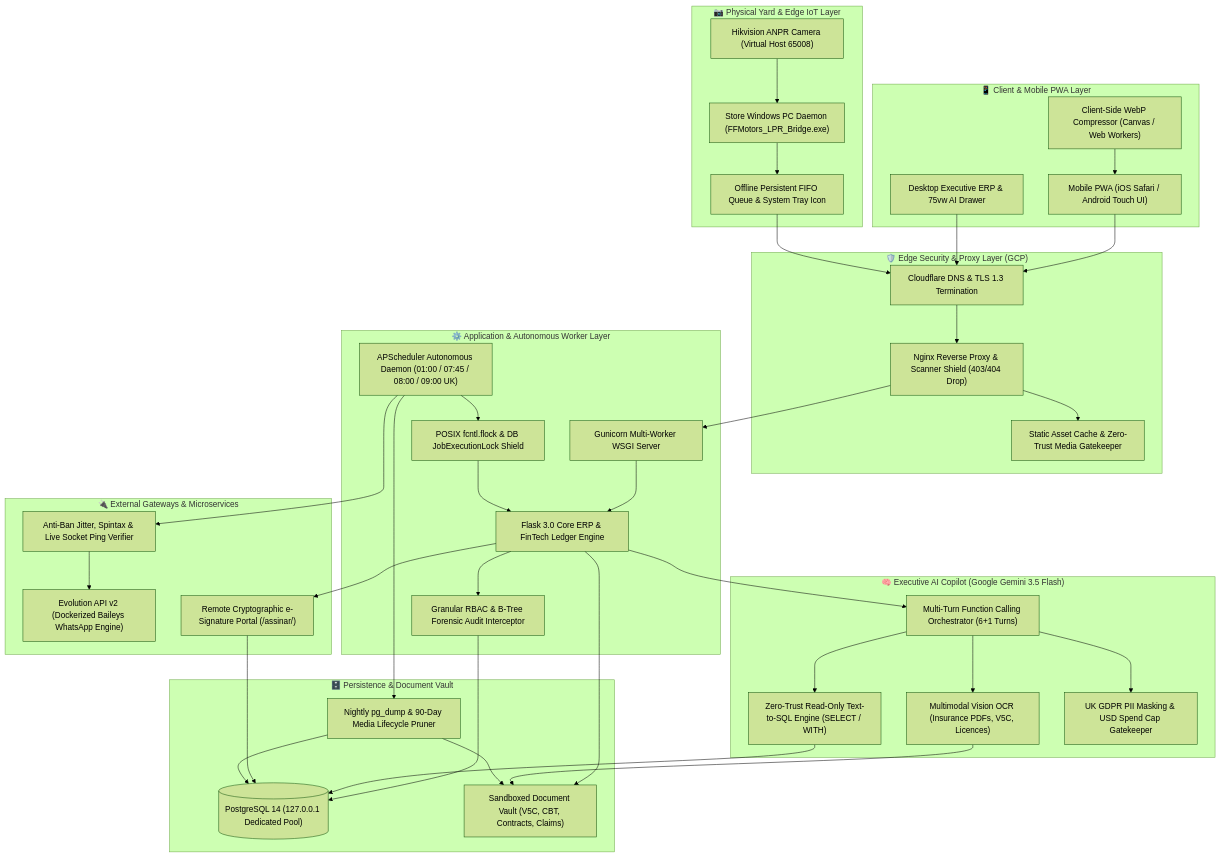
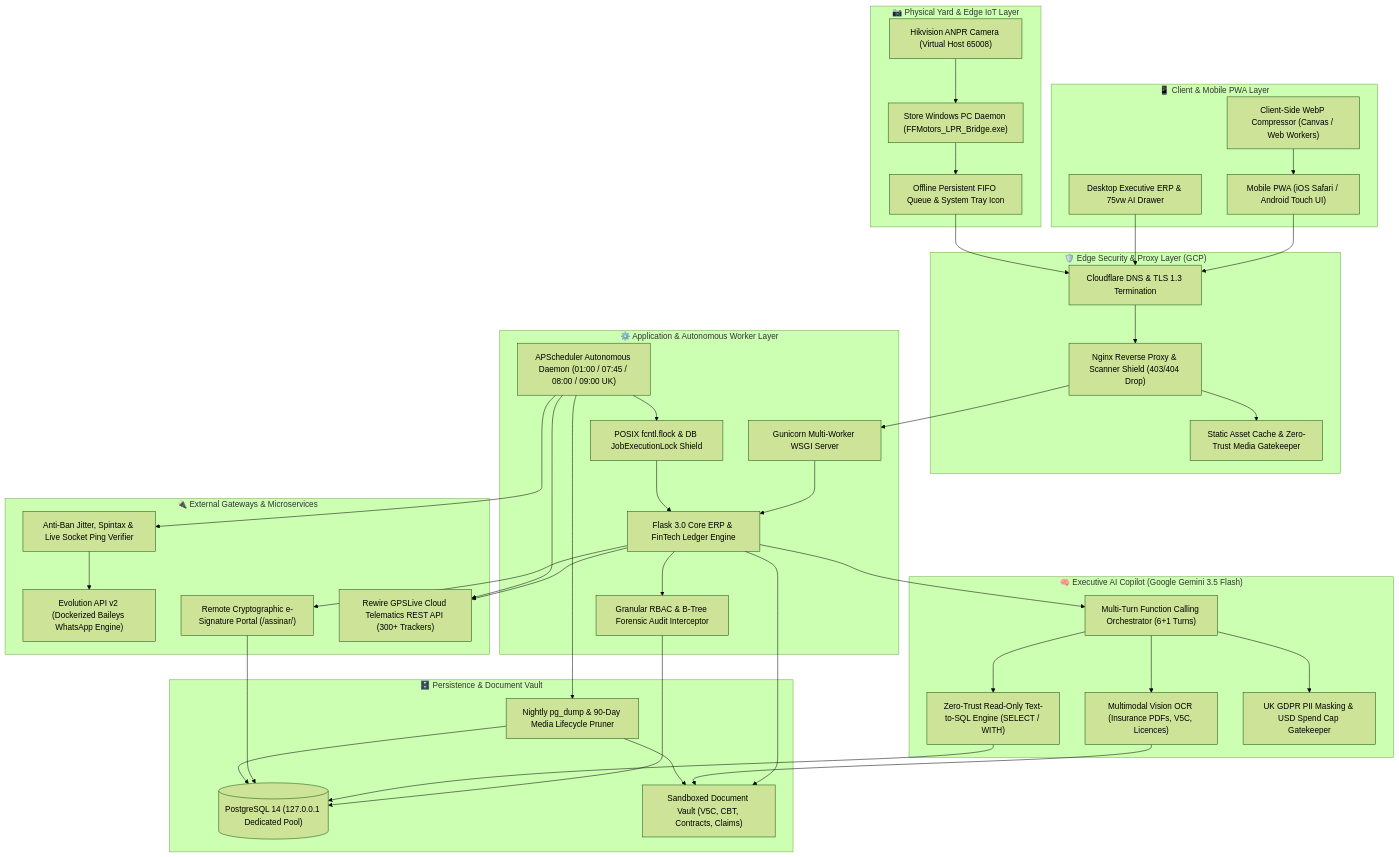
Before and after one commit to tmuniz570/enterprise-fleet-management-showcase: the first of 4 diagrams in README.md, drawn with Mermaid (forest theme). The commit also changed other lines of this file, not shown here.

Commit message:
docs: v1.9.148 - add Rewire GPSLive telematics, fleet subscription audit & test suite benchmarks

````diff
--- a/README.md
+++ b/README.md
@@ -48,62 +49,64 @@
 ```mermaid
 flowchart TD
     subgraph ClientLayer ["📱 Client & Mobile PWA Layer"]
         A1["Mobile PWA (iOS Safari / Android Touch UI)"]
         A2["Desktop Executive ERP & 75vw AI Drawer"]
         A3["Client-Side WebP Compressor (Canvas / Web Workers)"]
     end
 
     subgraph EdgeIoT ["📷 Physical Yard & Edge IoT Layer"]
         F1["Hikvision ANPR Camera (Virtual Host 65008)"]
         F2["Store Windows PC Daemon (FFMotors_LPR_Bridge.exe)"]
         F3["Offline Persistent FIFO Queue & System Tray Icon"]
     end
 
     subgraph EdgeLayer ["🛡️ Edge Security & Proxy Layer (GCP)"]
         B1["Cloudflare DNS & TLS 1.3 Termination"]
         B2["Nginx Reverse Proxy & Scanner Shield (403/404 Drop)"]
         B3["Static Asset Cache & Zero-Trust Media Gatekeeper"]
     end
 
     subgraph AppLayer ["⚙️ Application & Autonomous Worker Layer"]
         C1["Gunicorn Multi-Worker WSGI Server"]
         C2["Flask 3.0 Core ERP & FinTech Ledger Engine"]
         C3["APScheduler Autonomous Daemon (01:00 / 07:45 / 08:00 / 09:00 UK)"]
         C4["POSIX fcntl.flock & DB JobExecutionLock Shield"]
         C5["Granular RBAC & B-Tree Forensic Audit Interceptor"]
     end
 
     subgraph AILayer ["🧠 Executive AI Copilot (Google Gemini 3.5 Flash)"]
         G1["Multi-Turn Function Calling Orchestrator (6+1 Turns)"]
         G2["Zero-Trust Read-Only Text-to-SQL Engine (SELECT / WITH)"]
         G3["Multimodal Vision OCR (Insurance PDFs, V5C, Licences)"]
         G4["UK GDPR PII Masking & USD Spend Cap Gatekeeper"]
     end
 
     subgraph AsyncServices ["🔌 External Gateways & Microservices"]
         D1["Evolution API v2 (Dockerized Baileys WhatsApp Engine)"]
         D2["Anti-Ban Jitter, Spintax & Live Socket Ping Verifier"]
         D3["Remote Cryptographic e-Signature Portal (/assinar/<token>)"]
+        D4["Rewire GPSLive Cloud Telematics REST API (300+ Trackers)"]
     end
 
     subgraph StorageLayer ["🗄️ Persistence & Document Vault"]
         E1[("PostgreSQL 14 (127.0.0.1 Dedicated Pool)")]
         E2["Sandboxed Document Vault (V5C, CBT, Contracts, Claims)"]
         E3["Nightly pg_dump & 90-Day Media Lifecycle Pruner"]
     end
 
     A3 --> A1
     A1 & A2 --> B1
     F1 --> F2 --> F3 --> B1 --> B2 --> C1 --> C2
     B2 --> B3
     C2 --> C5 --> E1
     C2 --> E2
     C3 --> C4 --> C2
     C2 --> G1
     G1 --> G2 & G3 & G4
     G2 --> E1
     G3 --> E2
     C3 --> D2 --> D1
     C2 --> D3 --> E1
+    C2 & C3 --> D4
     C3 --> E3 --> E1 & E2
 ```
````
